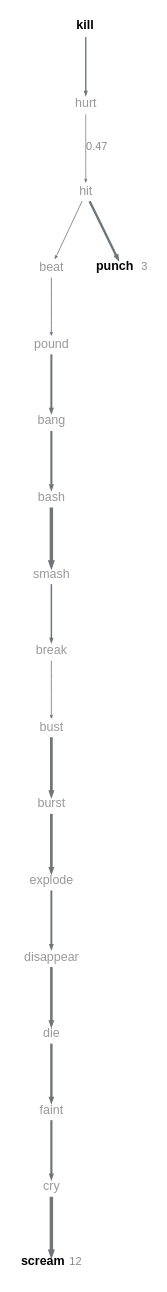
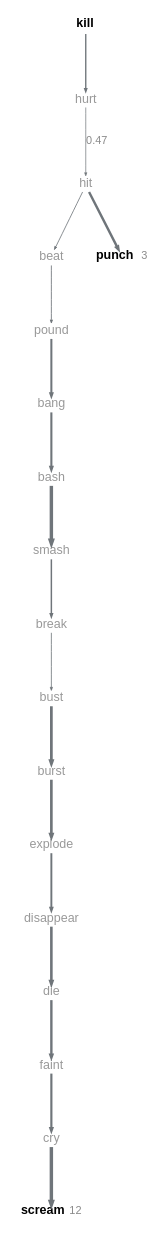
One commit to quadrismegistus/malignment changed the diagram in experiments/displacement/chain_of_connections/figures/ci_chain_crossing_n2.dot. Above: the diagram before and after it, drawn with Graphviz. The commit also changed 28 other files, not shown here.

```diff
--- a/experiments/displacement/chain_of_connections/figures/ci_chain_crossing_n2.dot
+++ b/experiments/displacement/chain_of_connections/figures/ci_chain_crossing_n2.dot
@@ -1,40 +1,40 @@
 digraph {
   graph [bgcolor=white margin=0.02];
-  node [shape=plaintext fontname="Arial" fontsize=8.0 height=0.16 width=0.01 margin="0.01,0.005"];
+  node [shape=plaintext fontname="Arial" fontsize=8.0 height=0.14 width=0.01 margin="0.01,0.005"];
   edge [arrowsize=0.2 color="#6f757a"];
-  "kill" [label=<<B>kill</B>> pos="56.0,348.5!"];
-  "hurt" [label="hurt" fontcolor="#999999" pos="56.0,306.4!"];
-  "hit" [label="hit" fontcolor="#999999" pos="56.0,264.2!"];
-  "beat" [label="beat" fontcolor="#999999" pos="56.0,222.1!"];
-  "pound" [label="pound" fontcolor="#999999" pos="56.0,180.0!"];
-  "bang" [label="bang" fontcolor="#999999" pos="56.0,137.9!"];
-  "bash" [label="bash" fontcolor="#999999" pos="56.0,95.8!"];
-  "smash" [label="smash" fontcolor="#999999" pos="56.0,53.6!"];
-  "break" [label="break" fontcolor="#999999" pos="286.0,11.5!"];
-  "bust" [label="bust" fontcolor="#999999" pos="286.0,53.6!"];
-  "burst" [label="burst" fontcolor="#999999" pos="286.0,95.8!"];
-  "explode" [label="explode" fontcolor="#999999" pos="286.0,137.9!"];
-  "disappear" [label="disappear" fontcolor="#999999" pos="286.0,180.0!"];
-  "die" [label="die" fontcolor="#999999" pos="286.0,222.1!"];
-  "faint" [label="faint" fontcolor="#999999" pos="286.0,264.2!"];
-  "cry" [label="cry" fontcolor="#999999" pos="286.0,306.4!"];
-  "scream" [label=<<B>scream</B> <FONT POINT-SIZE="7" COLOR="#8a8a8a">12</FONT>> pos="286.0,348.5!"];
-  "punch" [label=<<B>punch</B> <FONT POINT-SIZE="7" COLOR="#8a8a8a">3</FONT>> pos="25.7,222.1!"];
+  "kill" [label=<<B>kill</B>> pos="16.0,99.4!"];
+  "hurt" [label="hurt" fontcolor="#999999" pos="85.9,99.4!"];
+  "hit" [label="hit" fontcolor="#999999" pos="153.7,99.4!"];
+  "beat" [label="beat" fontcolor="#999999" pos="221.4,99.4!"];
+  "pound" [label="pound" fontcolor="#999999" pos="293.6,99.4!"];
+  "burst" [label="burst" fontcolor="#999999" pos="18.2,57.6!"];
+  "bust" [label="bust" fontcolor="#999999" pos="73.7,57.6!"];
+  "break" [label="break" fontcolor="#999999" pos="129.2,57.6!"];
+  "smash" [label="smash" fontcolor="#999999" pos="186.9,57.6!"];
+  "bash" [label="bash" fontcolor="#999999" pos="242.4,57.6!"];
+  "bang" [label="bang" fontcolor="#999999" pos="295.8,57.6!"];
+  "explode" [label="explode" fontcolor="#999999" pos="22.6,33.1!"];
+  "disappear" [label="disappear" fontcolor="#999999" pos="85.6,33.1!"];
+  "die" [label="die" fontcolor="#999999" pos="139.8,33.1!"];
+  "faint" [label="faint" fontcolor="#999999" pos="185.2,33.1!"];
+  "cry" [label="cry" fontcolor="#999999" pos="230.6,33.1!"];
+  "scream" [label=<<B>scream</B> <FONT POINT-SIZE="7" COLOR="#8a8a8a">12</FONT>> pos="284.8,33.1!"];
+  "punch" [label=<<B>punch</B> <FONT POINT-SIZE="7" COLOR="#8a8a8a">3</FONT>> pos="183.5,82.1!"];
   "bang" -> "bash" [penwidth=1.34];
   "bash" -> "smash" [penwidth=2.20];
   "beat" -> "pound" [penwidth=0.54];
   "break" -> "bust" [penwidth=0.52];
   "burst" -> "explode" [penwidth=1.70];
   "bust" -> "burst" [penwidth=1.75];
   "cry" -> "scream" [penwidth=2.20];
   "die" -> "faint" [penwidth=1.53];
   "disappear" -> "die" [penwidth=1.66];
   "explode" -> "disappear" [penwidth=1.23];
   "faint" -> "cry" [penwidth=1.39];
   "hit" -> "beat" [penwidth=0.52];
   "hit" -> "punch" [penwidth=1.53];
   "hurt" -> "hit" [penwidth=0.45 label="0.47" fontname="Arial" fontsize=7 fontcolor="#8a8a8a"];
   "kill" -> "hurt" [penwidth=0.87];
   "pound" -> "bang" [penwidth=1.30];
   "smash" -> "break" [penwidth=0.95];
 }
```
